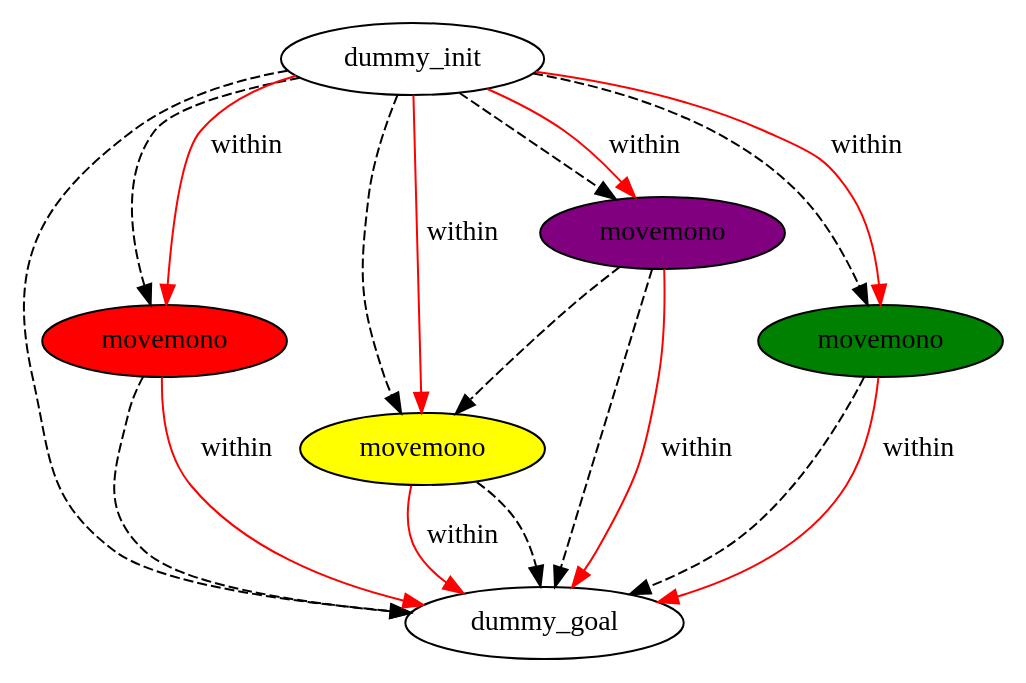
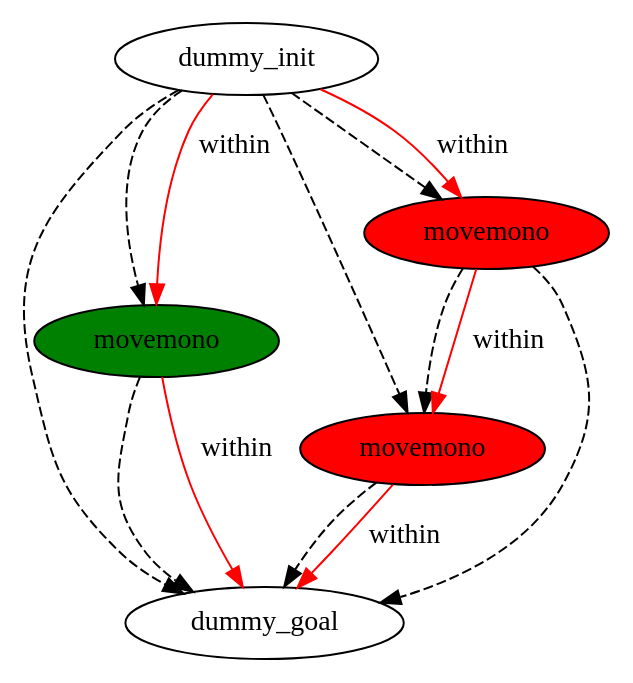
Before and after one commit to PetervDooren/PyDPOCL: the diagram in plans/manipulation-domain/test_85_problem-plan_0.dot, drawn with Graphviz. The commit also changed 799 other files, not shown here.

```diff
--- a/plans/manipulation-domain/test_85_problem-plan_0.dot
+++ b/plans/manipulation-domain/test_85_problem-plan_0.dot
@@ -1,26 +1,20 @@
 digraph {
-	"d604b203-e979-9cff-a8b6-61b990091961" [label=dummy_init fillcolor=white style=filled]
-	"f4548e7c-8440-2b6d-b2f5-e3f1f012a3a4" [label=dummy_goal fillcolor=white style=filled]
-	"c1b4da1a-d7c1-b414-ab17-aa692975e970" [label=movemono fillcolor=red style=filled]
-	"a0b0cd91-817b-4b8a-0b41-b427dc8713a2" [label=movemono fillcolor=yellow style=filled]
-	"4c640f76-fde2-4b08-91b6-34bd97c43bdd" [label=movemono fillcolor=green style=filled]
-	"ce375d89-a3f1-ca35-fdfe-69cbc7f2cee9" [label=movemono fillcolor=purple style=filled]
-	"d604b203-e979-9cff-a8b6-61b990091961" -> "a0b0cd91-817b-4b8a-0b41-b427dc8713a2" [color=black style=dashed]
-	"c1b4da1a-d7c1-b414-ab17-aa692975e970" -> "f4548e7c-8440-2b6d-b2f5-e3f1f012a3a4" [color=black style=dashed]
-	"ce375d89-a3f1-ca35-fdfe-69cbc7f2cee9" -> "f4548e7c-8440-2b6d-b2f5-e3f1f012a3a4" [color=black style=dashed]
-	"d604b203-e979-9cff-a8b6-61b990091961" -> "4c640f76-fde2-4b08-91b6-34bd97c43bdd" [color=black style=dashed]
-	"ce375d89-a3f1-ca35-fdfe-69cbc7f2cee9" -> "a0b0cd91-817b-4b8a-0b41-b427dc8713a2" [color=black style=dashed]
-	"4c640f76-fde2-4b08-91b6-34bd97c43bdd" -> "f4548e7c-8440-2b6d-b2f5-e3f1f012a3a4" [color=black style=dashed]
-	"d604b203-e979-9cff-a8b6-61b990091961" -> "f4548e7c-8440-2b6d-b2f5-e3f1f012a3a4" [color=black style=dashed]
-	"d604b203-e979-9cff-a8b6-61b990091961" -> "ce375d89-a3f1-ca35-fdfe-69cbc7f2cee9" [color=black style=dashed]
-	"a0b0cd91-817b-4b8a-0b41-b427dc8713a2" -> "f4548e7c-8440-2b6d-b2f5-e3f1f012a3a4" [color=black style=dashed]
-	"d604b203-e979-9cff-a8b6-61b990091961" -> "c1b4da1a-d7c1-b414-ab17-aa692975e970" [color=black style=dashed]
-	"4c640f76-fde2-4b08-91b6-34bd97c43bdd" -> "f4548e7c-8440-2b6d-b2f5-e3f1f012a3a4" [label=within color=red]
-	"d604b203-e979-9cff-a8b6-61b990091961" -> "a0b0cd91-817b-4b8a-0b41-b427dc8713a2" [label=within color=red]
-	"c1b4da1a-d7c1-b414-ab17-aa692975e970" -> "f4548e7c-8440-2b6d-b2f5-e3f1f012a3a4" [label=within color=red]
-	"a0b0cd91-817b-4b8a-0b41-b427dc8713a2" -> "f4548e7c-8440-2b6d-b2f5-e3f1f012a3a4" [label=within color=red]
-	"d604b203-e979-9cff-a8b6-61b990091961" -> "ce375d89-a3f1-ca35-fdfe-69cbc7f2cee9" [label=within color=red]
-	"d604b203-e979-9cff-a8b6-61b990091961" -> "4c640f76-fde2-4b08-91b6-34bd97c43bdd" [label=within color=red]
-	"d604b203-e979-9cff-a8b6-61b990091961" -> "c1b4da1a-d7c1-b414-ab17-aa692975e970" [label=within color=red]
-	"ce375d89-a3f1-ca35-fdfe-69cbc7f2cee9" -> "f4548e7c-8440-2b6d-b2f5-e3f1f012a3a4" [label=within color=red]
+	"45f1b5c6-fc78-a929-1a40-ab12dae0df73" [label=dummy_init fillcolor=white style=filled]
+	"b7b01827-e421-3d55-4351-b77ce387dcb6" [label=dummy_goal fillcolor=white style=filled]
+	"31e1d5e5-3df8-e91a-be0c-6d54ca0fbbc9" [label=movemono fillcolor=red style=filled]
+	"36079b18-a217-b461-d782-600ebaff490c" [label=movemono fillcolor=green style=filled]
+	"2f631e9c-7423-59c8-46aa-6d1e9187bc65" [label=movemono fillcolor=red style=filled]
+	"31e1d5e5-3df8-e91a-be0c-6d54ca0fbbc9" -> "b7b01827-e421-3d55-4351-b77ce387dcb6" [color=black style=dashed]
+	"45f1b5c6-fc78-a929-1a40-ab12dae0df73" -> "36079b18-a217-b461-d782-600ebaff490c" [color=black style=dashed]
+	"45f1b5c6-fc78-a929-1a40-ab12dae0df73" -> "31e1d5e5-3df8-e91a-be0c-6d54ca0fbbc9" [color=black style=dashed]
+	"36079b18-a217-b461-d782-600ebaff490c" -> "b7b01827-e421-3d55-4351-b77ce387dcb6" [color=black style=dashed]
+	"45f1b5c6-fc78-a929-1a40-ab12dae0df73" -> "b7b01827-e421-3d55-4351-b77ce387dcb6" [color=black style=dashed]
+	"2f631e9c-7423-59c8-46aa-6d1e9187bc65" -> "b7b01827-e421-3d55-4351-b77ce387dcb6" [color=black style=dashed]
+	"45f1b5c6-fc78-a929-1a40-ab12dae0df73" -> "2f631e9c-7423-59c8-46aa-6d1e9187bc65" [color=black style=dashed]
+	"2f631e9c-7423-59c8-46aa-6d1e9187bc65" -> "31e1d5e5-3df8-e91a-be0c-6d54ca0fbbc9" [color=black style=dashed]
+	"36079b18-a217-b461-d782-600ebaff490c" -> "b7b01827-e421-3d55-4351-b77ce387dcb6" [label=within color=red]
+	"31e1d5e5-3df8-e91a-be0c-6d54ca0fbbc9" -> "b7b01827-e421-3d55-4351-b77ce387dcb6" [label=within color=red]
+	"45f1b5c6-fc78-a929-1a40-ab12dae0df73" -> "36079b18-a217-b461-d782-600ebaff490c" [label=within color=red]
+	"2f631e9c-7423-59c8-46aa-6d1e9187bc65" -> "31e1d5e5-3df8-e91a-be0c-6d54ca0fbbc9" [label=within color=red]
+	"45f1b5c6-fc78-a929-1a40-ab12dae0df73" -> "2f631e9c-7423-59c8-46aa-6d1e9187bc65" [label=within color=red]
 }
```
